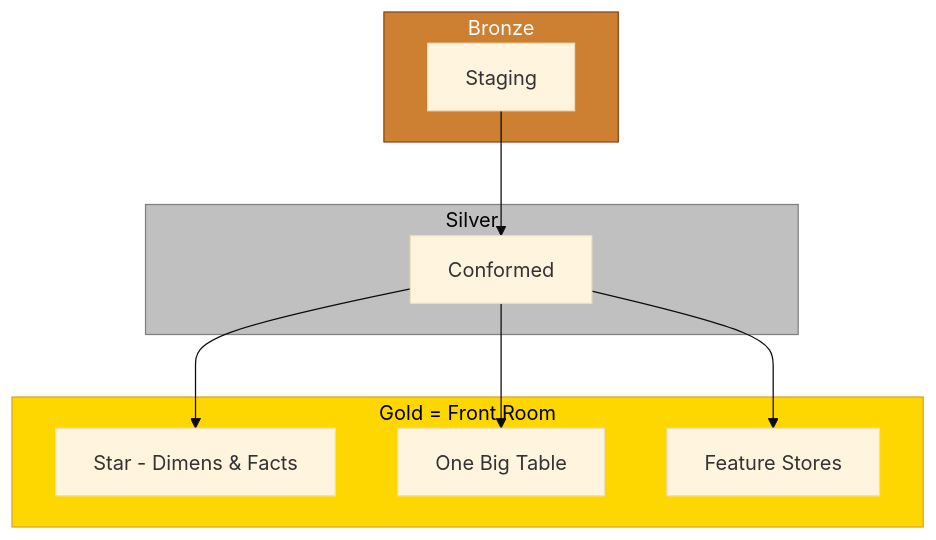
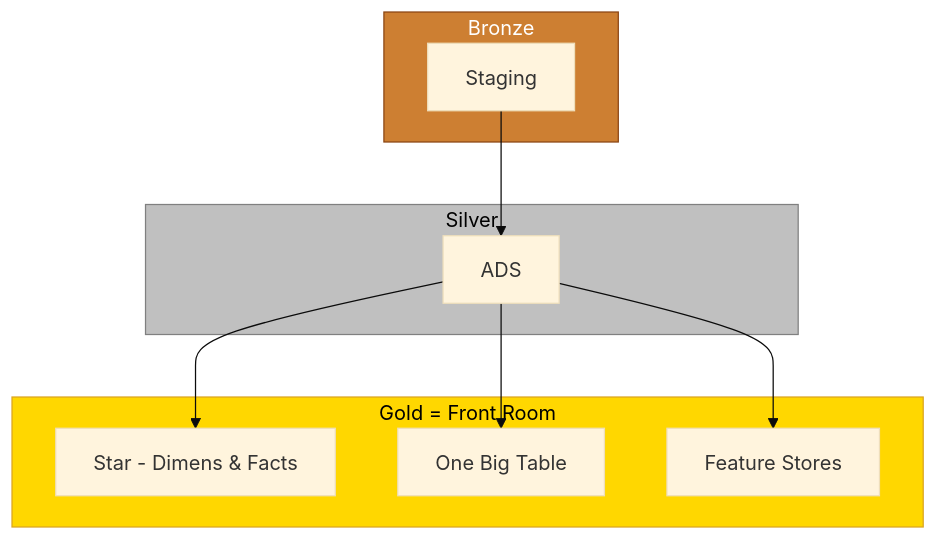
The third of 3 diagrams in Technical Guideline Ops/Architectural Principles/Medallion - Bronze Silver Gold.md (PlainsightPro/Vision-Playbook), drawn with Mermaid before and after one commit. The commit also changed other lines of this file and 9 other files, not shown here.

Commit message:
Fix all references from 'Conformed' to 'ADS'

````diff
--- a/Technical Guideline Ops/Architectural Principles/Medallion - Bronze Silver Gold.md
+++ b/Technical Guideline Ops/Architectural Principles/Medallion - Bronze Silver Gold.md
@@ -43,22 +43,22 @@
 ```mermaid
 %%{init: { "flowchart": { "useMaxWidth": true, "curve": "basis" }, "theme": "base" } }%%
 flowchart TB
     subgraph Bronze["Bronze"]
         Staging[Staging]
     end
     
     subgraph Silver["Silver"]
-        Conformed[Conformed]
+        ADS[ADS]
     end
     
     subgraph Gold["Gold = Front Room"]
         Dims[Star - Dimens & Facts] & Facts[One Big Table] & Feat[Feature Stores]
     end
     
-    Staging --> Conformed
-    Conformed --> Dims & Facts & Feat
+    Staging --> ADS
+    ADS --> Dims & Facts & Feat
     
     style Bronze fill:#CD7F32,stroke:#8B4513,color:#FFFFFF
     style Silver fill:#C0C0C0,stroke:#808080,color:#000000
     style Gold fill:#FFD700,stroke:#DAA520,color:#000000
 ```
````
